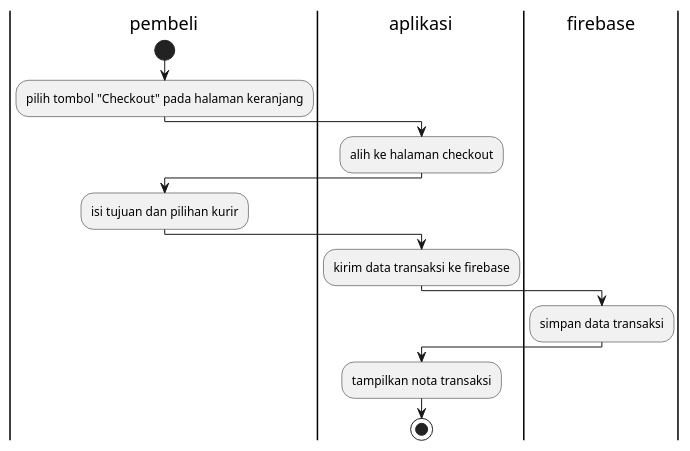
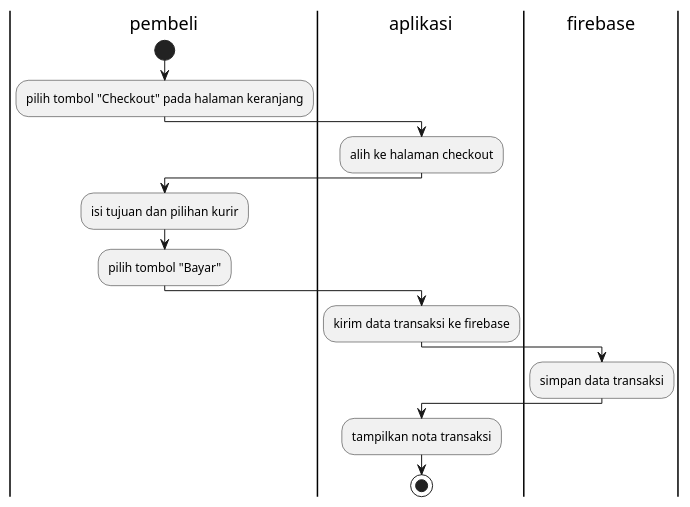
Before and after one commit to stnDinus/skpl_apbo_diagrams: the diagram in trx_activity.puml, drawn with PlantUML.

Commit message:
feat: pay on trx action

```diff
--- a/trx_activity.puml
+++ b/trx_activity.puml
@@ -1,23 +1,24 @@
 @startuml
 
 |pembeli|
 start
 :pilih tombol "Checkout" pada halaman keranjang;
 
 |aplikasi|
 :alih ke halaman checkout;
 
 |pembeli|
 :isi tujuan dan pilihan kurir;
+:pilih tombol "Bayar";
 
 |aplikasi|
 :kirim data transaksi ke firebase;
 
 |firebase|
 :simpan data transaksi;
 
 |aplikasi|
 :tampilkan nota transaksi;
 stop
 
 @enduml
```
